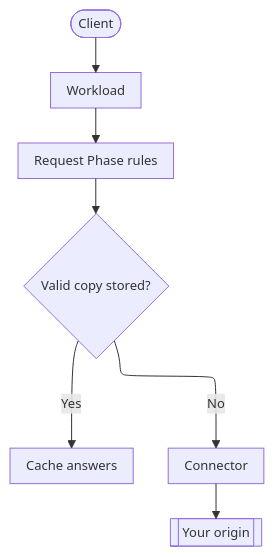
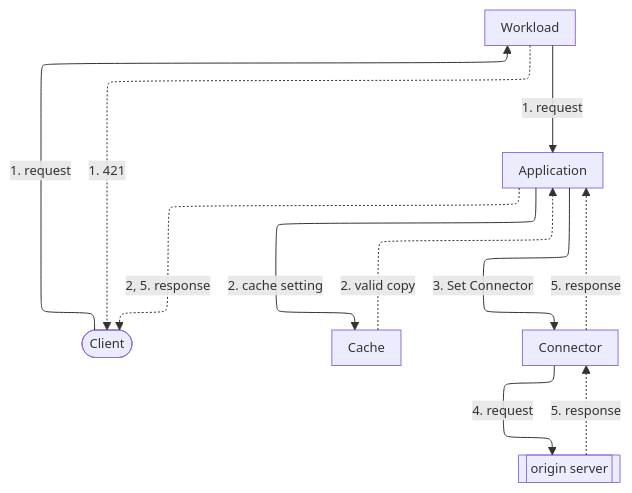
The diagram in apps/docs/src/content/docs/en/pages/secure/connectors/how-it-works.mdx (aziontech/docs), drawn with Mermaid before and after one commit. The commit also changed other lines of this file and 83 other files, not shown here.

````diff
--- a/apps/docs/src/content/docs/en/pages/secure/connectors/how-it-works.mdx
+++ b/apps/docs/src/content/docs/en/pages/secure/connectors/how-it-works.mdx
@@ -26,10 +28,20 @@
 ```mermaid
-%%{init: {"layout": "elk", "themeVariables": {"fontSize": "13px"}, "flowchart": {"nodeSpacing": 24, "rankSpacing": 36, "padding": 8, "wrappingWidth": 150, "useMaxWidth": true}, "sequence": {"width": 120, "actorMargin": 30, "useMaxWidth": true}}}%%
+%%{init: {"layout": "elk", "elk": {"cycleBreakingStrategy": "MODEL_ORDER"}, "themeVariables": {"fontSize": "13px"}, "flowchart": {"nodeSpacing": 24, "rankSpacing": 36, "padding": 8, "wrappingWidth": 150, "useMaxWidth": true}, "sequence": {"width": 120, "actorMargin": 30, "useMaxWidth": true}}}%%
 flowchart TD
-  Client(["Client"]) --> WL["Workload"]
-  WL --> Rules["Request Phase rules"]
-  Rules --> Cache{"Valid copy stored?"}
-  Cache -->|"Yes"| Hit["Cache answers"]
-  Cache -->|"No"| Conn["Connector"]
-  Conn --> Origin[["Your origin"]]
+  Client(["Client"])
+  WL["Workload"]
+  App["Application"]
+  Cache["Cache"]
+  Conn["Connector"]
+  Origin[["origin server"]]
+  Client -->|"1. request"| WL
+  WL -.->|"1. 421"| Client
+  WL -->|"1. request"| App
+  App -->|"2. cache setting"| Cache
+  Cache -.->|"2. valid copy"| App
+  App -->|"3. Set Connector"| Conn
+  Conn -->|"4. request"| Origin
+  Origin -.->|"5. response"| Conn
+  Conn -.->|"5. response"| App
+  App -.->|"2, 5. response"| Client
 ```
````
